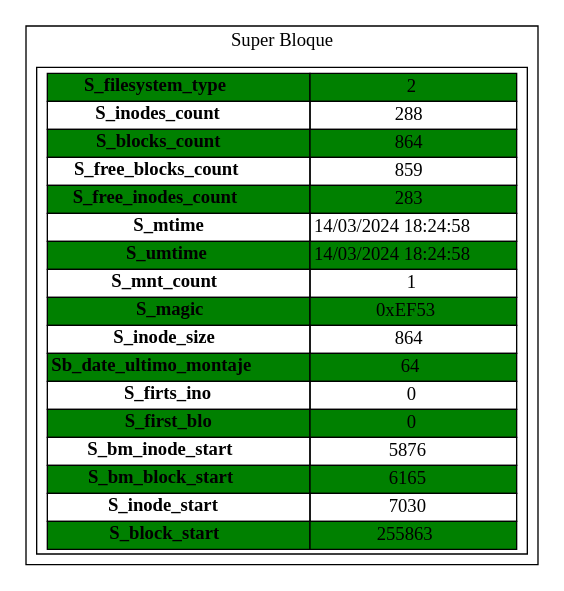
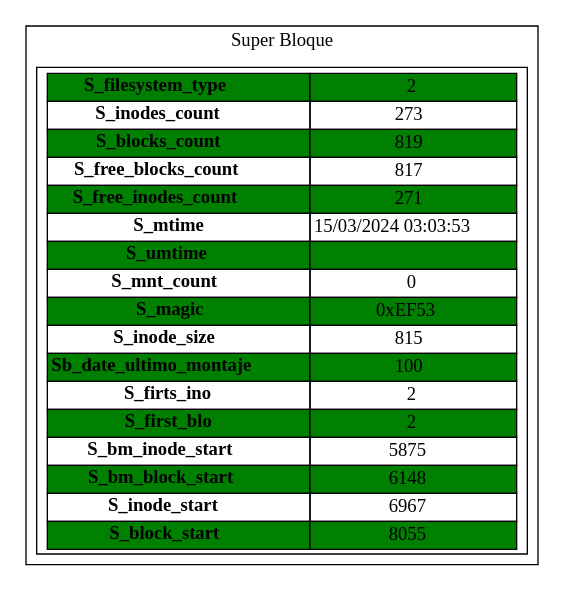
The diagram in Super.dot (NatalyDuarte/MIA_P1_202001570), drawn with Graphviz before and after one commit. The commit also changed 20 other files, not shown here.

```diff
--- a/Super.dot
+++ b/Super.dot
@@ -1,24 +1,24 @@
 digraph G{
 subgraph cluster{
 label="Super Bloque"
 tbl[shape=box,label=<
 <table border='0' cellborder='1' cellspacing='0' width='300'  height='200' >
-<tr> <td bgcolor="green"><b>S_filesystem_type </b></td><td bgcolor="green">2</td> </tr>*<tr><td><b>S_inodes_count </b></td><td>288</td> </tr>
-<tr><td bgcolor="green"><b>S_blocks_count </b></td><td bgcolor="green">864</td> </tr>
-<tr><td><b>S_free_blocks_count</b></td><td>859</td> </tr>
-<tr><td bgcolor="green"><b>S_free_inodes_count</b></td><td bgcolor="green">283</td> </tr>
-<tr><td><b>S_mtime</b></td><td>14/03/2024 18:24:58</td> </tr>
-<tr><td bgcolor="green"><b>S_umtime</b></td><td bgcolor="green">14/03/2024 18:24:58</td> </tr>
-<tr><td><b>S_mnt_count</b></td><td>1</td> </tr>
+<tr> <td bgcolor="green"><b>S_filesystem_type </b></td><td bgcolor="green">2</td> </tr>*<tr><td><b>S_inodes_count </b></td><td>273</td> </tr>
+<tr><td bgcolor="green"><b>S_blocks_count </b></td><td bgcolor="green">819</td> </tr>
+<tr><td><b>S_free_blocks_count</b></td><td>817</td> </tr>
+<tr><td bgcolor="green"><b>S_free_inodes_count</b></td><td bgcolor="green">271</td> </tr>
+<tr><td><b>S_mtime</b></td><td>15/03/2024 03:03:53</td> </tr>
+<tr><td bgcolor="green"><b>S_umtime</b></td><td bgcolor="green"></td> </tr>
+<tr><td><b>S_mnt_count</b></td><td>0</td> </tr>
 <tr><td bgcolor="green"><b>S_magic</b></td><td bgcolor="green">0xEF53</td> </tr>
-<tr><td><b>S_inode_size</b></td><td>864</td> </tr>
-<tr><td bgcolor="green"><b>Sb_date_ultimo_montaje</b></td><td bgcolor="green">64</td> </tr>
-<tr><td><b>S_firts_ino</b></td><td>0</td> </tr>
-<tr><td bgcolor="green"><b>S_first_blo</b></td><td bgcolor="green">0</td> </tr>
-<tr><td><b>S_bm_inode_start</b></td><td>5876</td> </tr>
-<tr><td bgcolor="green"><b>S_bm_block_start</b></td><td bgcolor="green">6165</td> </tr>
-<tr><td><b>S_inode_start</b></td><td>7030</td> </tr>
-<tr><td bgcolor="green"><b>S_block_start</b></td><td bgcolor="green">255863</td> </tr>
+<tr><td><b>S_inode_size</b></td><td>815</td> </tr>
+<tr><td bgcolor="green"><b>Sb_date_ultimo_montaje</b></td><td bgcolor="green">100</td> </tr>
+<tr><td><b>S_firts_ino</b></td><td>2</td> </tr>
+<tr><td bgcolor="green"><b>S_first_blo</b></td><td bgcolor="green">2</td> </tr>
+<tr><td><b>S_bm_inode_start</b></td><td>5875</td> </tr>
+<tr><td bgcolor="green"><b>S_bm_block_start</b></td><td bgcolor="green">6148</td> </tr>
+<tr><td><b>S_inode_start</b></td><td>6967</td> </tr>
+<tr><td bgcolor="green"><b>S_block_start</b></td><td bgcolor="green">8055</td> </tr>
 </table>
 >];
 }}
```
